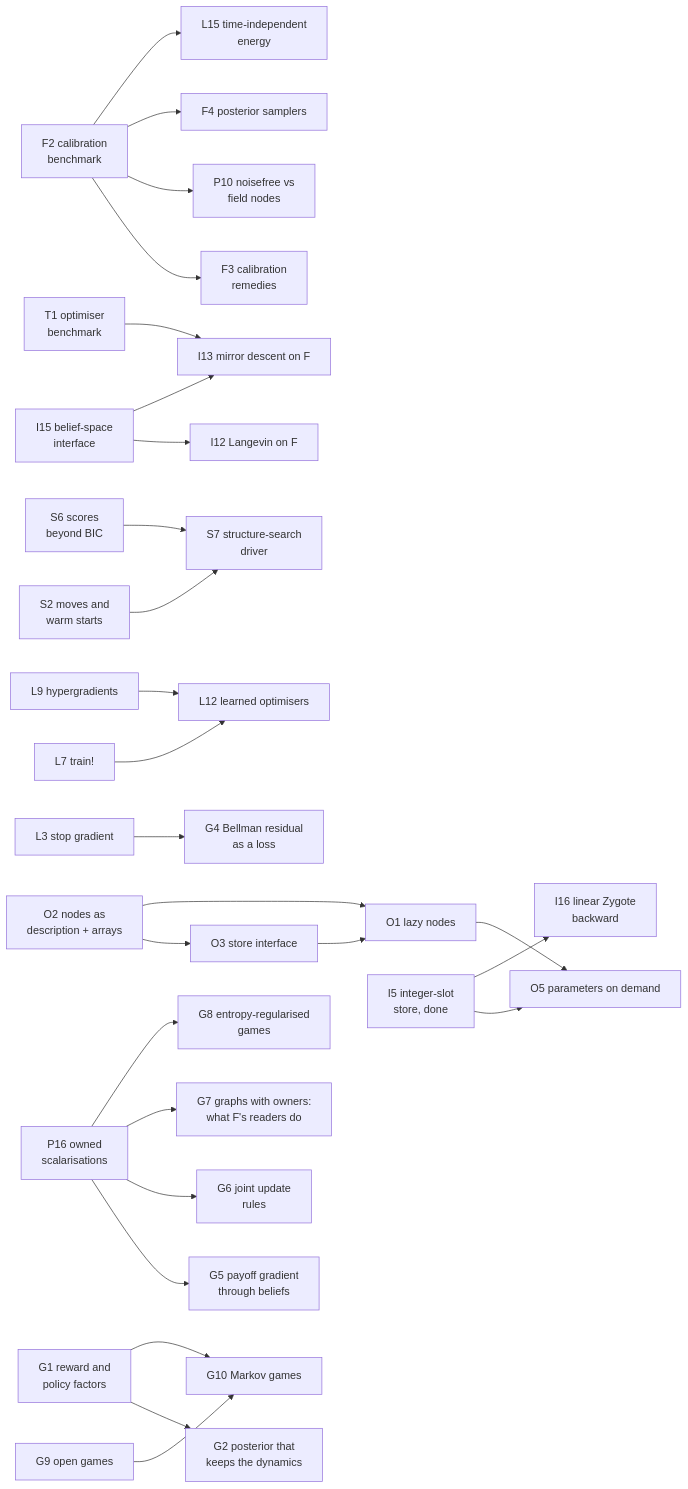
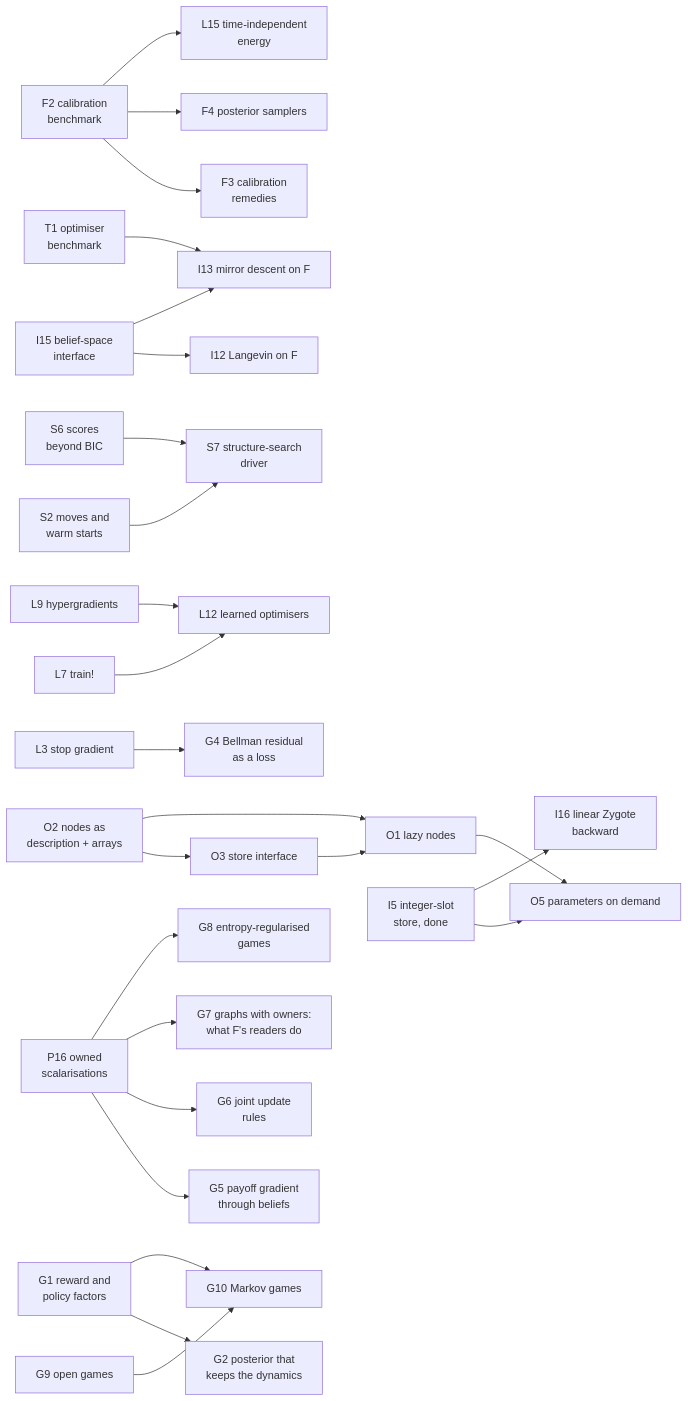
Before and after one commit to MathStruct/Lenticulum.jl: the diagram in vault/Project/Feature Backlog/Feature Backlog.md, drawn with Mermaid. The commit also changed other lines of this file and 15 other files, not shown here.

````diff
--- a/vault/Project/Feature Backlog/Feature Backlog.md
+++ b/vault/Project/Feature Backlog/Feature Backlog.md
@@ -47,28 +47,27 @@
 ```mermaid
 graph LR
   F2[F2 calibration<br/>benchmark] --> F3[F3 calibration<br/>remedies]
-  F2 --> P10[P10 noisefree vs<br/>field nodes]
   F2 --> F4[F4 posterior samplers]
   F2 --> L15[L15 time-independent<br/>energy]
   I15[I15 belief-space<br/>interface] --> I12[I12 Langevin on F]
   I15 --> I13[I13 mirror descent on F]
   T1[T1 optimiser<br/>benchmark] --> I13
   O2[O2 nodes as<br/>description + arrays] --> O3[O3 store interface]
   O2 --> O1[O1 lazy nodes]
   O3 --> O1
   O1 --> O5[O5 parameters on demand]
   I5[I5 integer-slot<br/>store, done] --> O5
   I5 --> I16[I16 linear Zygote<br/>backward]
   S2[S2 moves and<br/>warm starts] --> S7[S7 structure-search<br/>driver]
   S6[S6 scores<br/>beyond BIC] --> S7
   L7[L7 train!] --> L12[L12 learned optimisers]
   L9[L9 hypergradients] --> L12
   G1[G1 reward and<br/>policy factors] --> G2[G2 posterior that<br/>keeps the dynamics]
   L3[L3 stop gradient] --> G4[G4 Bellman residual<br/>as a loss]
   P16[P16 owned<br/>scalarisations] --> G5[G5 payoff gradient<br/>through beliefs]
   P16 --> G6[G6 joint update<br/>rules]
   P16 --> G7[G7 graphs with owners:<br/>what F's readers do]
   P16 --> G8[G8 entropy-regularised<br/>games]
   G1 --> G10[G10 Markov games]
   G9[G9 open games] --> G10
 ```
````
